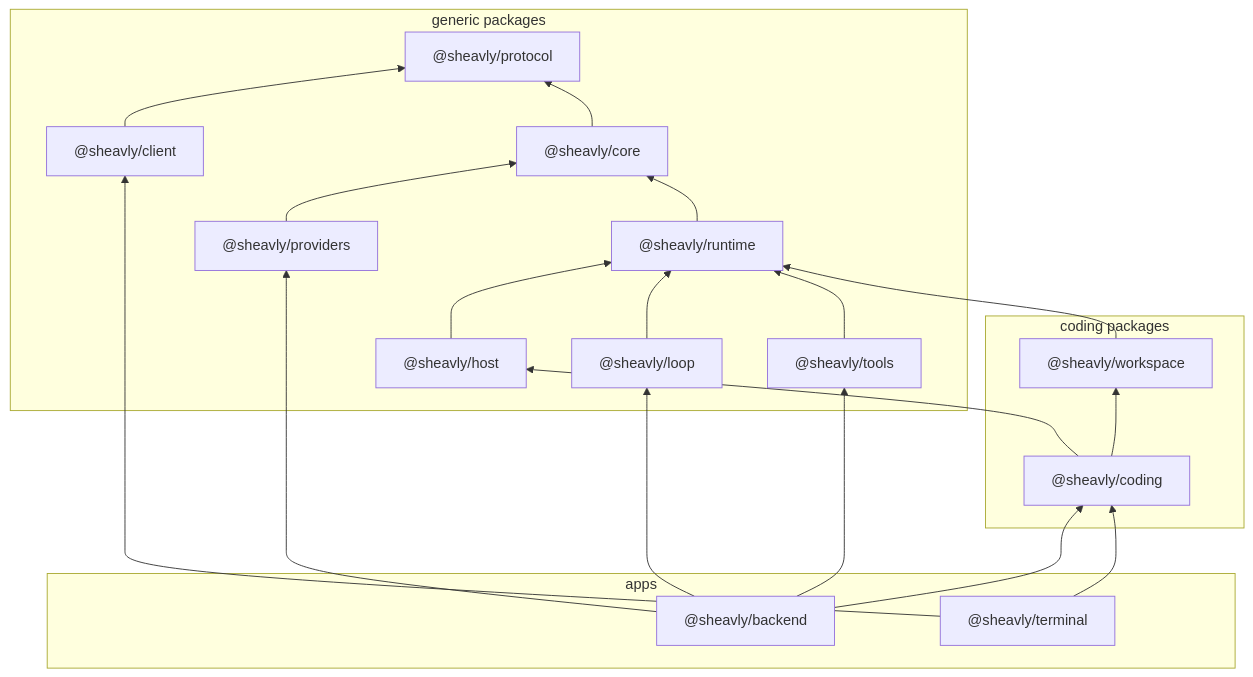
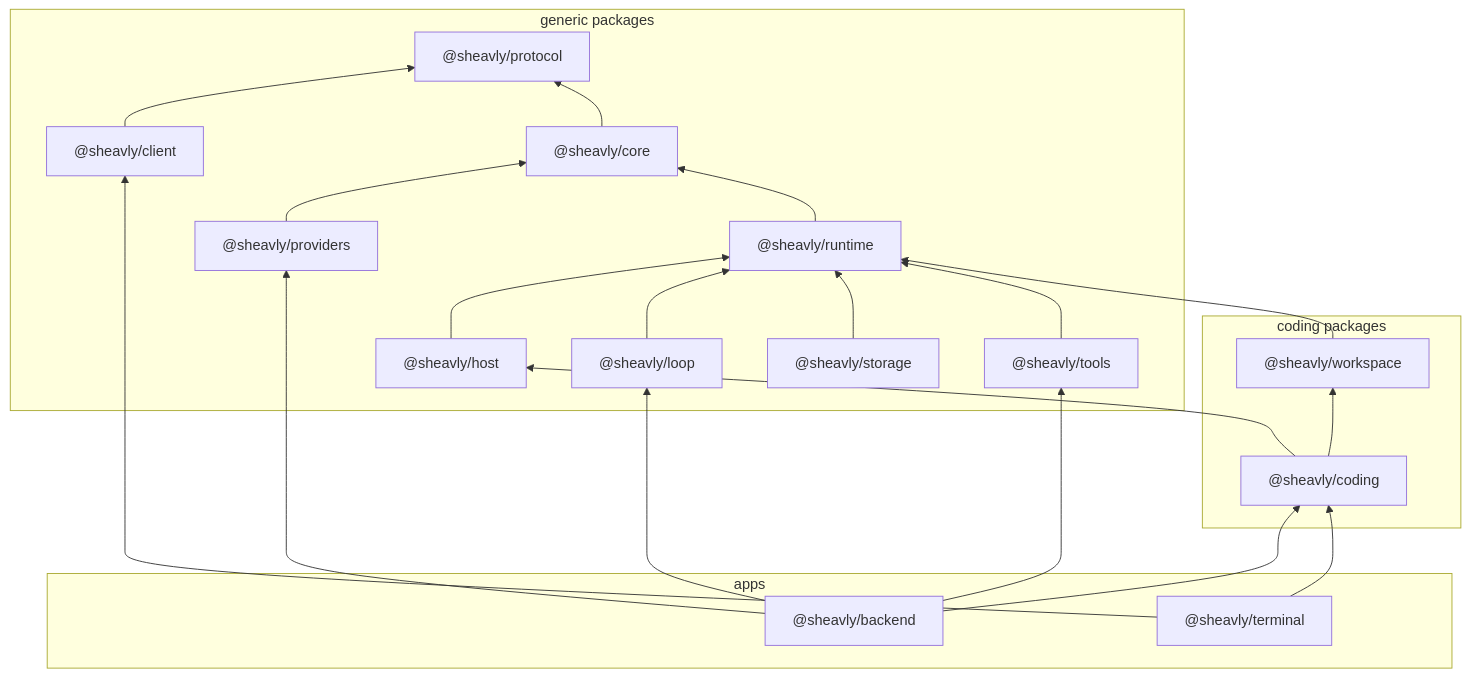
Before and after one commit to Sheavly/code: the diagram in docs/overview.md, drawn with Mermaid. The commit also changed 13 other files, not shown here.

````diff
--- a/docs/overview.md
+++ b/docs/overview.md
@@ -35,37 +35,39 @@
 ```mermaid
 flowchart BT
   subgraph group_generic ["generic packages"]
     client["@sheavly/client"]
     core["@sheavly/core"]
     host["@sheavly/host"]
     loop["@sheavly/loop"]
     protocol["@sheavly/protocol"]
     providers["@sheavly/providers"]
     runtime["@sheavly/runtime"]
+    storage["@sheavly/storage"]
     tools["@sheavly/tools"]
   end
   subgraph group_coding ["coding packages"]
     coding["@sheavly/coding"]
     workspace["@sheavly/workspace"]
   end
   subgraph group_apps ["apps"]
     backend["@sheavly/backend"]
     terminal["@sheavly/terminal"]
   end
   backend --> coding
   backend --> loop
   backend --> providers
   backend --> tools
   client --> protocol
   coding --> host
   coding --> workspace
   core --> protocol
   host --> runtime
   loop --> runtime
   providers --> core
   runtime --> core
+  storage --> runtime
   terminal --> client
   terminal --> coding
   tools --> runtime
   workspace --> runtime
 ```
````
